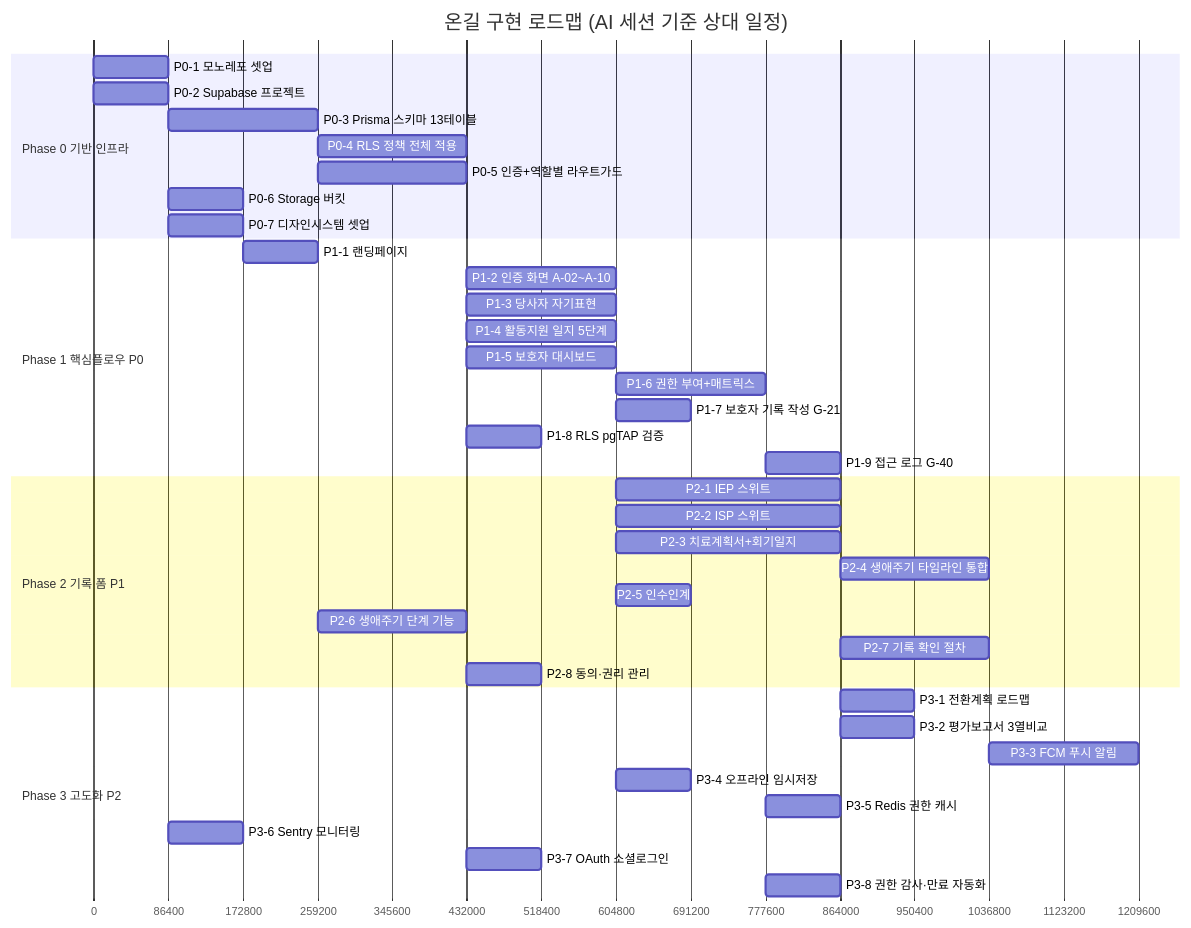
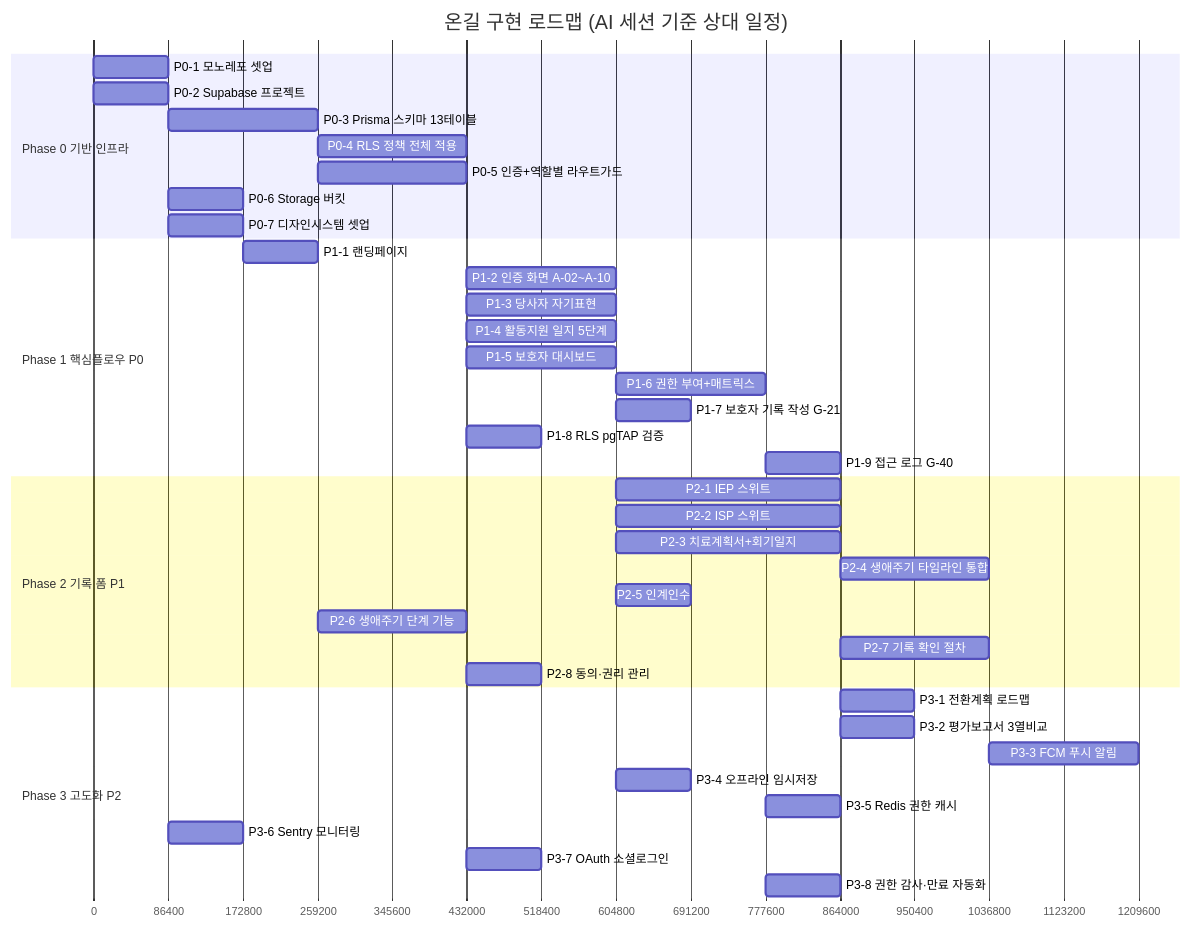
Before and after one commit to boheni07/Ongil-2: the diagram in docs/06-wbs.md, drawn with Mermaid. The commit also changed other lines of this file and 42 other files, not shown here.

First line of the commit message:
chore: 용어 통일 — "인수인계" → "인계인수" 전체 저장소 일괄 변경

````diff
--- a/docs/06-wbs.md
+++ b/docs/06-wbs.md
@@ -33,46 +33,46 @@
 ```mermaid
 gantt
     title 온길 구현 로드맵 (AI 세션 기준 상대 일정)
     dateFormat  X
     axisFormat %s
 
     section Phase 0 기반 인프라
     P0-1 모노레포 셋업           :p0_1, 0, 1d
     P0-2 Supabase 프로젝트       :p0_2, 0, 1d
     P0-3 Prisma 스키마 13테이블  :p0_3, after p0_1 p0_2, 2d
     P0-4 RLS 정책 전체 적용      :p0_4, after p0_3, 2d
     P0-5 인증+역할별 라우트가드  :p0_5, after p0_3, 2d
     P0-6 Storage 버킷            :p0_6, after p0_2, 1d
     P0-7 디자인시스템 셋업       :p0_7, after p0_1, 1d
 
     section Phase 1 핵심플로우 P0
     P1-1 랜딩페이지              :p1_1, after p0_7, 1d
     P1-2 인증 화면 A-02~A-10     :p1_2, after p0_5 p0_7, 2d
     P1-3 당사자 자기표현         :p1_3, after p0_5 p0_7, 2d
     P1-4 활동지원 일지 5단계     :p1_4, after p0_5 p0_7, 2d
     P1-5 보호자 대시보드         :p1_5, after p0_5 p0_7, 2d
     P1-6 권한 부여+매트릭스      :p1_6, after p1_5 p0_4, 2d
     P1-7 보호자 기록 작성 G-21   :p1_7, after p1_5, 1d
     P1-8 RLS pgTAP 검증          :p1_8, after p0_4, 1d
     P1-9 접근 로그 G-40          :p1_9, after p1_6, 1d
 
     section Phase 2 기록 폼 P1
     P2-1 IEP 스위트              :p2_1, after p1_5, 3d
     P2-2 ISP 스위트              :p2_2, after p1_5, 3d
     P2-3 치료계획서+회기일지     :p2_3, after p1_5, 3d
     P2-4 생애주기 타임라인 통합  :p2_4, after p2_1 p2_2 p2_3, 2d
-    P2-5 인수인계                :p2_5, after p1_4, 1d
+    P2-5 인계인수                :p2_5, after p1_4, 1d
     P2-6 생애주기 단계 기능      :p2_6, after p0_3, 2d
     P2-7 기록 확인 절차          :p2_7, after p2_1 p2_2 p2_3, 2d
     P2-8 동의·권리 관리          :p2_8, after p0_5, 1d
 
     section Phase 3 고도화 P2
     P3-1 전환계획 로드맵         :p3_1, after p2_2, 1d
     P3-2 평가보고서 3열비교      :p3_2, after p2_3, 1d
     P3-3 FCM 푸시 알림           :p3_3, after p2_7, 2d
     P3-4 오프라인 임시저장       :p3_4, after p1_4, 1d
     P3-5 Redis 권한 캐시         :p3_5, after p1_6, 1d
     P3-6 Sentry 모니터링         :p3_6, after p0_1, 1d
     P3-7 OAuth 소셜로그인        :p3_7, after p0_5, 1d
     P3-8 권한 감사·만료 자동화   :p3_8, after p1_6, 1d
 ```
````
